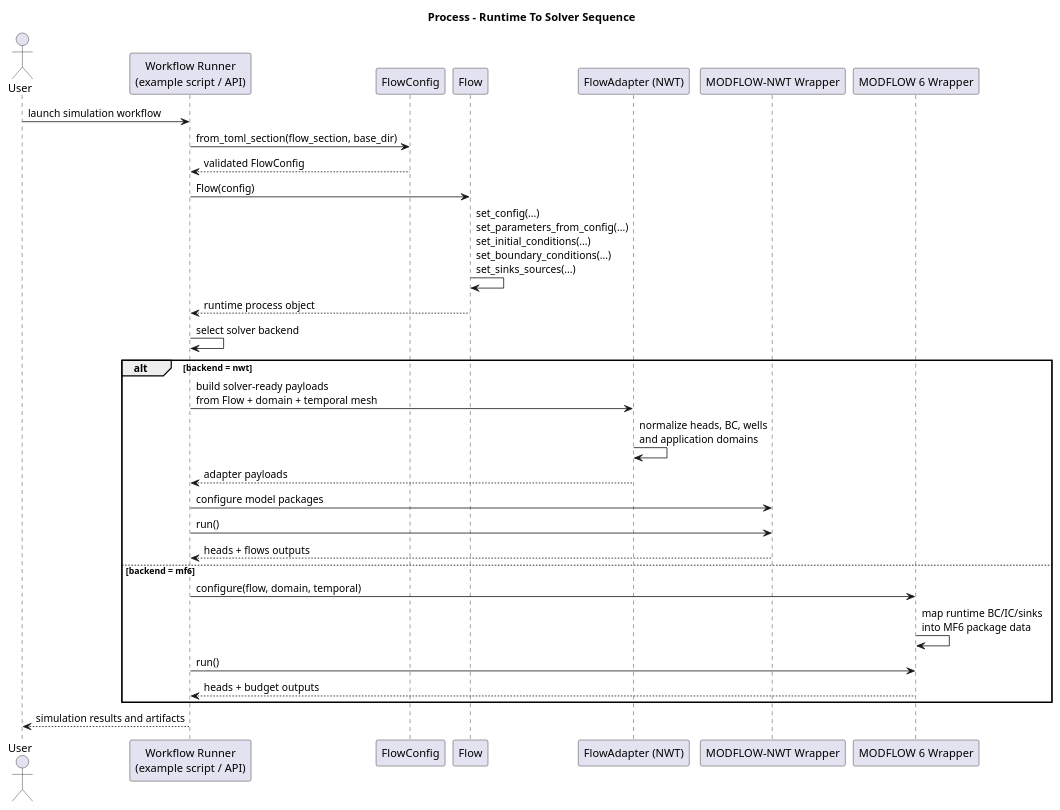
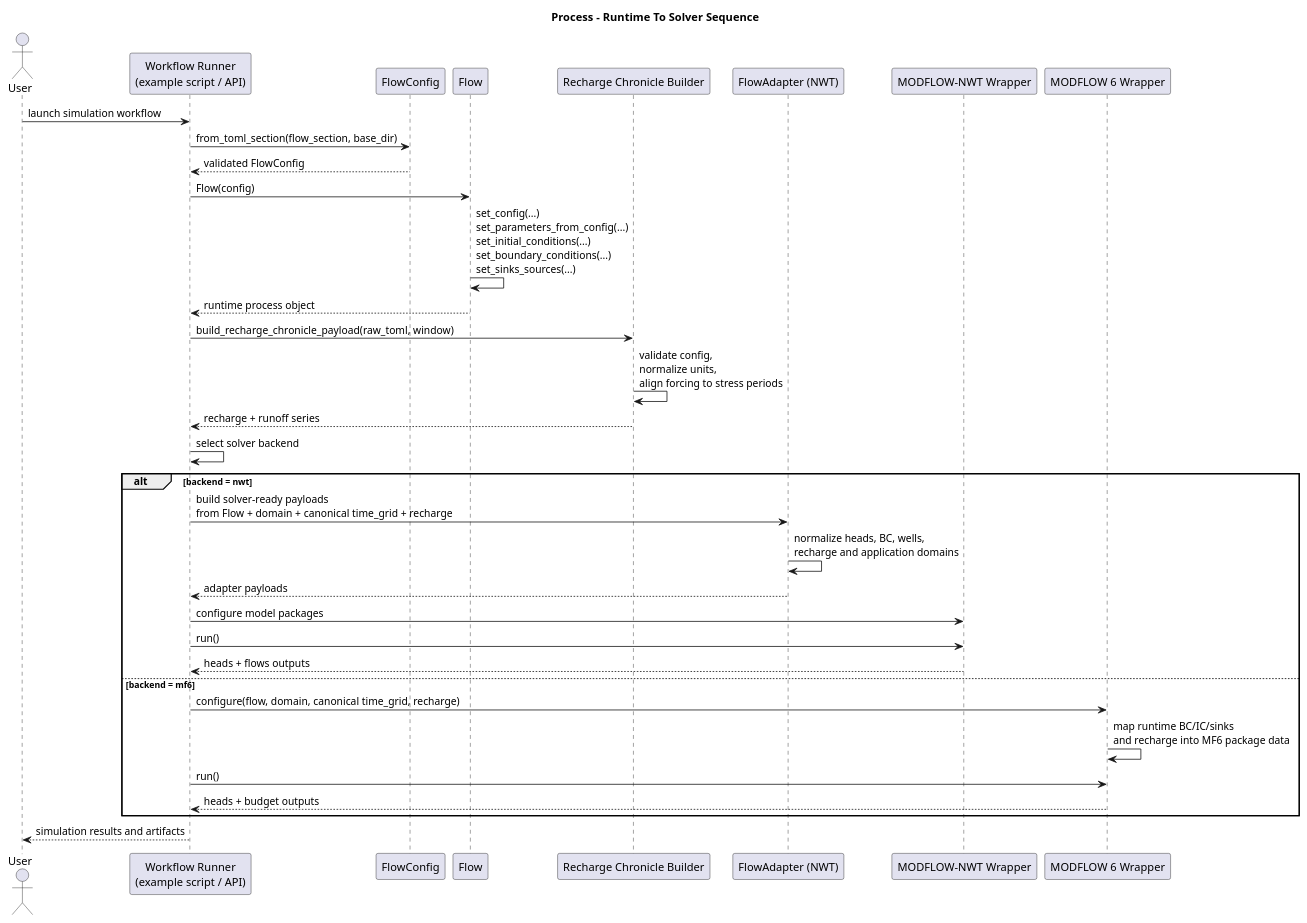
The diagram in docs/readthedocs/source/architecture/process/diagrams/runtime_to_solver_sequence.wsd (HydroModPy/HydroModPy), drawn with PlantUML before and after one commit. The commit also changed 134 other files, not shown here.

Commit message:
Refactor solver grid runtime and pyhelp API

```diff
--- a/docs/readthedocs/source/architecture/process/diagrams/runtime_to_solver_sequence.wsd
+++ b/docs/readthedocs/source/architecture/process/diagrams/runtime_to_solver_sequence.wsd
@@ -1,37 +1,42 @@
 @startuml
 title Process - Runtime To Solver Sequence
 
 actor User
 participant "Workflow Runner\n(example script / API)" as Runner
 participant "FlowConfig" as FlowConfig
 participant "Flow" as Flow
+participant "Recharge Chronicle Builder" as RechargeBuilder
 participant "FlowAdapter (NWT)" as FlowAdapter
 participant "MODFLOW-NWT Wrapper" as NWT
 participant "MODFLOW 6 Wrapper" as MF6
 
 User -> Runner: launch simulation workflow
 Runner -> FlowConfig: from_toml_section(flow_section, base_dir)
 FlowConfig --> Runner: validated FlowConfig
 
 Runner -> Flow: Flow(config)
 Flow -> Flow: set_config(...)\nset_parameters_from_config(...)\nset_initial_conditions(...)\nset_boundary_conditions(...)\nset_sinks_sources(...)
 Flow --> Runner: runtime process object
 
+Runner -> RechargeBuilder: build_recharge_chronicle_payload(raw_toml, window)
+RechargeBuilder -> RechargeBuilder: validate config,\nnormalize units,\nalign forcing to stress periods
+RechargeBuilder --> Runner: recharge + runoff series
+
 Runner -> Runner: select solver backend
 
 alt backend = nwt
-  Runner -> FlowAdapter: build solver-ready payloads\nfrom Flow + domain + temporal mesh
-  FlowAdapter -> FlowAdapter: normalize heads, BC, wells\nand application domains
+  Runner -> FlowAdapter: build solver-ready payloads\nfrom Flow + domain + canonical time_grid + recharge
+  FlowAdapter -> FlowAdapter: normalize heads, BC, wells,\nrecharge and application domains
   FlowAdapter --> Runner: adapter payloads
   Runner -> NWT: configure model packages
   Runner -> NWT: run()
   NWT --> Runner: heads + flows outputs
 else backend = mf6
-  Runner -> MF6: configure(flow, domain, temporal)
-  MF6 -> MF6: map runtime BC/IC/sinks\ninto MF6 package data
+  Runner -> MF6: configure(flow, domain, canonical time_grid, recharge)
+  MF6 -> MF6: map runtime BC/IC/sinks\nand recharge into MF6 package data
   Runner -> MF6: run()
   MF6 --> Runner: heads + budget outputs
 end
 
 Runner --> User: simulation results and artifacts
 @enduml
```
